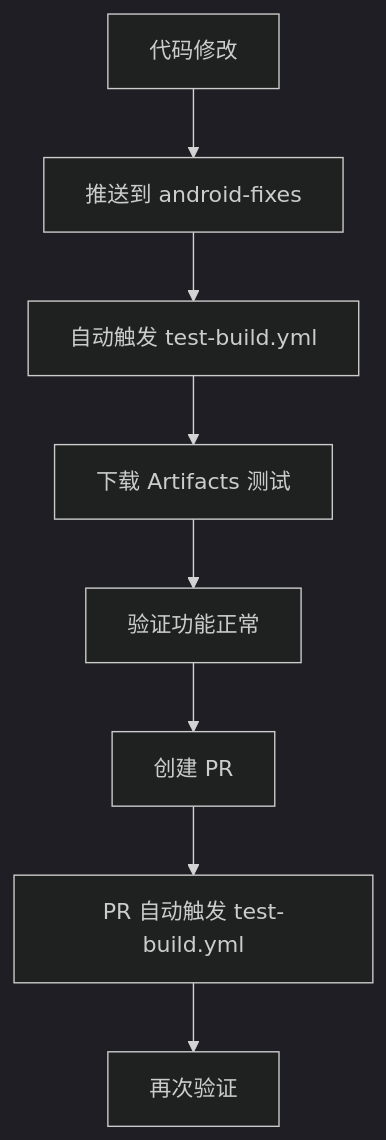
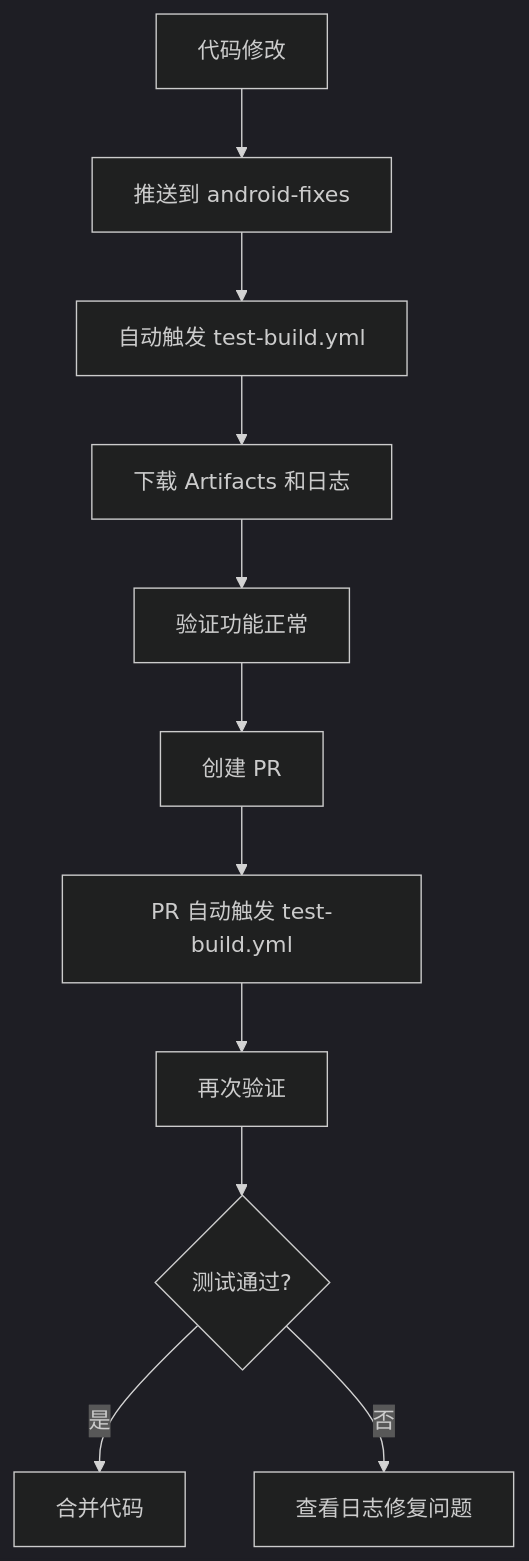
Before and after one commit to Polystachya/koishi-android: the first of 3 diagrams in .github/workflows/README.md, drawn with Mermaid (dark theme). The commit also changed other lines of this file, not shown here.

````diff
--- a/.github/workflows/README.md
+++ b/.github/workflows/README.md
@@ -94,10 +128,13 @@
 ```mermaid
 graph TD
     A[代码修改] --> B[推送到 android-fixes]
     B --> C[自动触发 test-build.yml]
-    C --> D[下载 Artifacts 测试]
+    C --> D[下载 Artifacts 和日志]
     D --> E[验证功能正常]
     E --> F[创建 PR]
     F --> G[PR 自动触发 test-build.yml]
     G --> H[再次验证]
+    H --> I{测试通过?}
+    I -->|是| J[合并代码]
+    I -->|否| K[查看日志修复问题]
 ```
````
